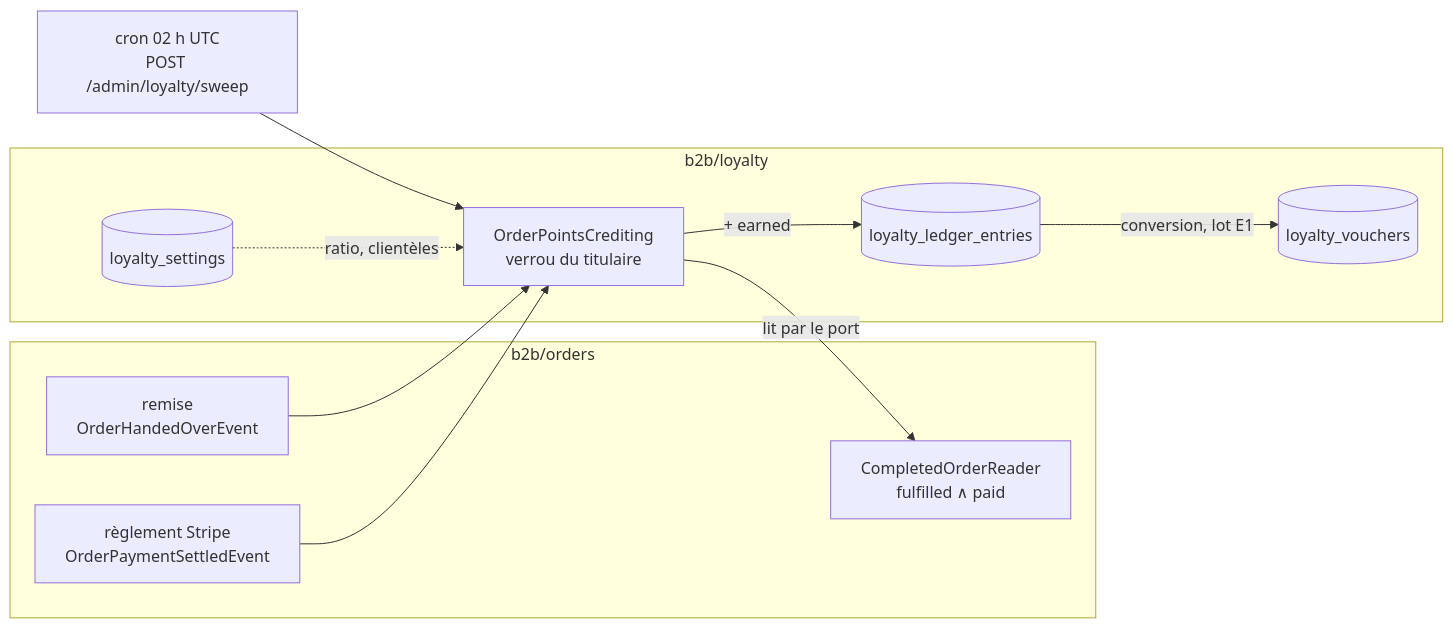
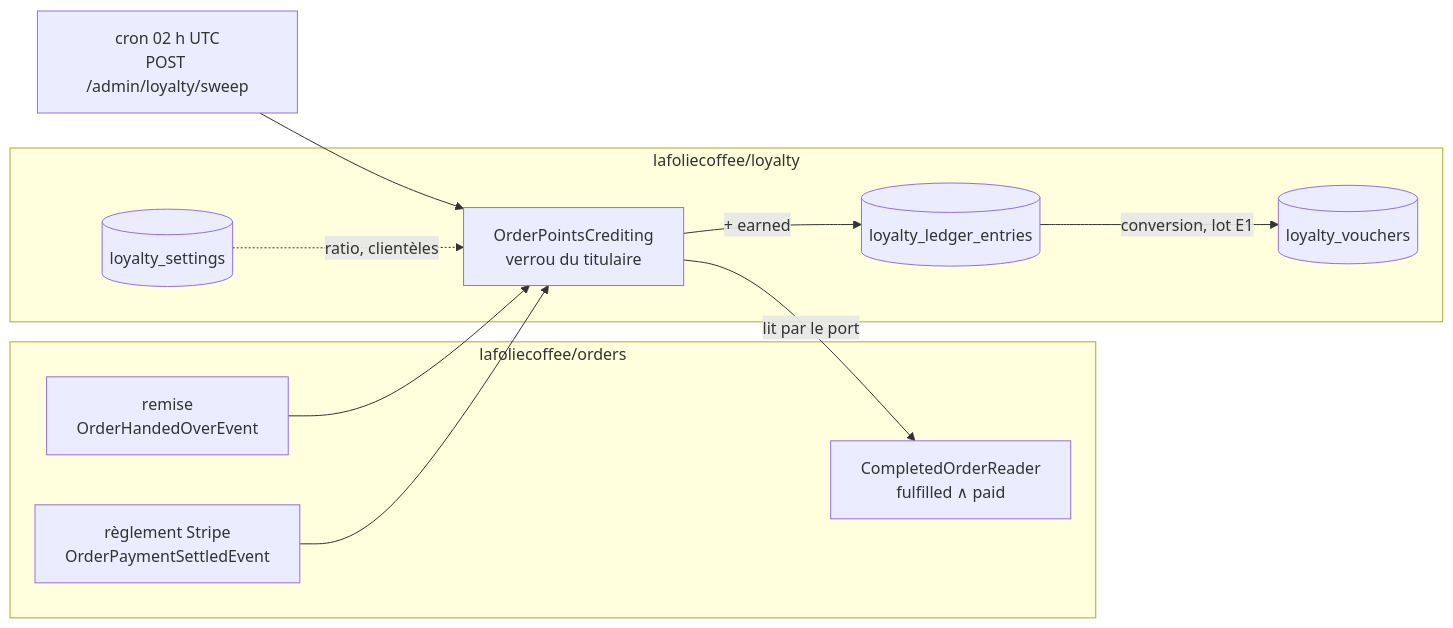
Before and after one commit to hugoheynard/lfd: the first of 2 diagrams in documentation/comptabilite/fidelite/points-de-fidelite.md, drawn with Mermaid. The commit also changed other lines of this file and 6369 other files, not shown here.

````diff
--- a/documentation/comptabilite/fidelite/points-de-fidelite.md
+++ b/documentation/comptabilite/fidelite/points-de-fidelite.md
@@ -23,21 +23,21 @@
 ```mermaid
 flowchart LR
-  subgraph orders["b2b/orders"]
+  subgraph orders["lafoliecoffee/orders"]
     H["remise<br/>OrderHandedOverEvent"]
     P["règlement Stripe<br/>OrderPaymentSettledEvent"]
     R["CompletedOrderReader<br/>fulfilled ∧ paid"]
   end
-  subgraph loyalty["b2b/loyalty"]
+  subgraph loyalty["lafoliecoffee/loyalty"]
     C["OrderPointsCrediting<br/>verrou du titulaire"]
     L[("loyalty_ledger_entries")]
     V[("loyalty_vouchers")]
     S[("loyalty_settings")]
   end
   H --> C
   P --> C
   N["cron 02 h UTC<br/>POST /admin/loyalty/sweep"] --> C
   C -->|lit par le port| R
   C -->|+ earned| L
   S -.ratio, clientèles.-> C
   L -->|conversion, lot E1| V
 ```
````
